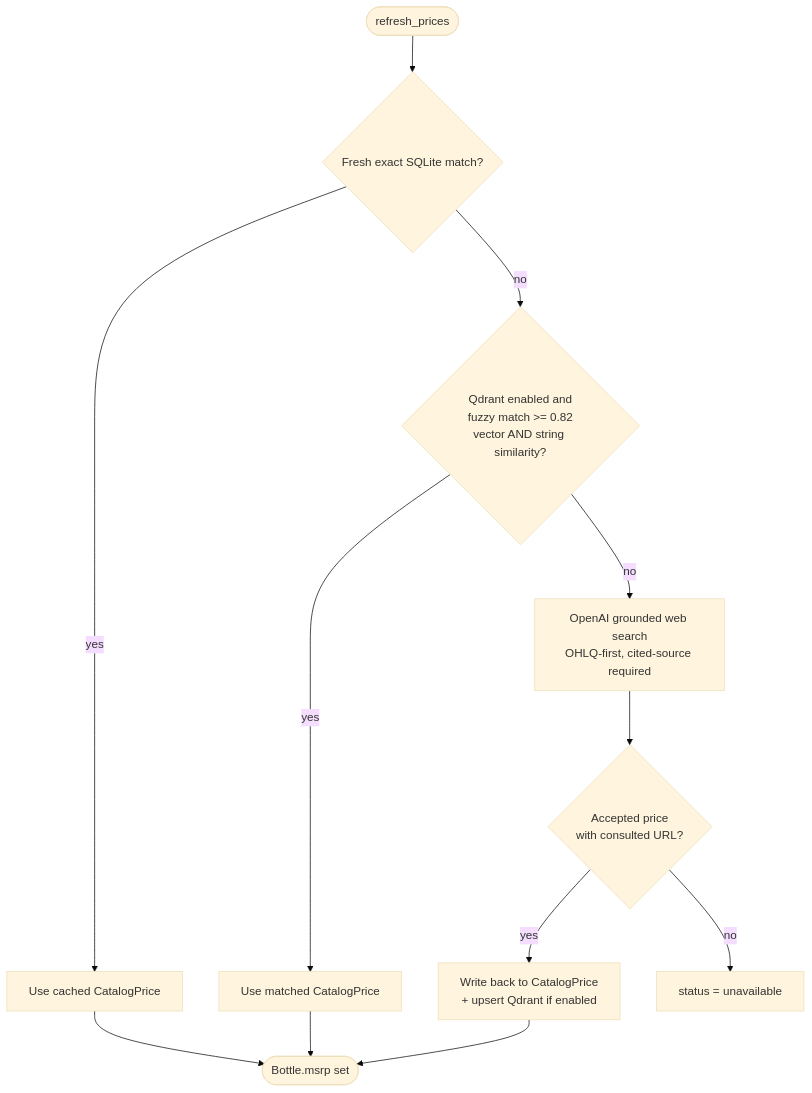
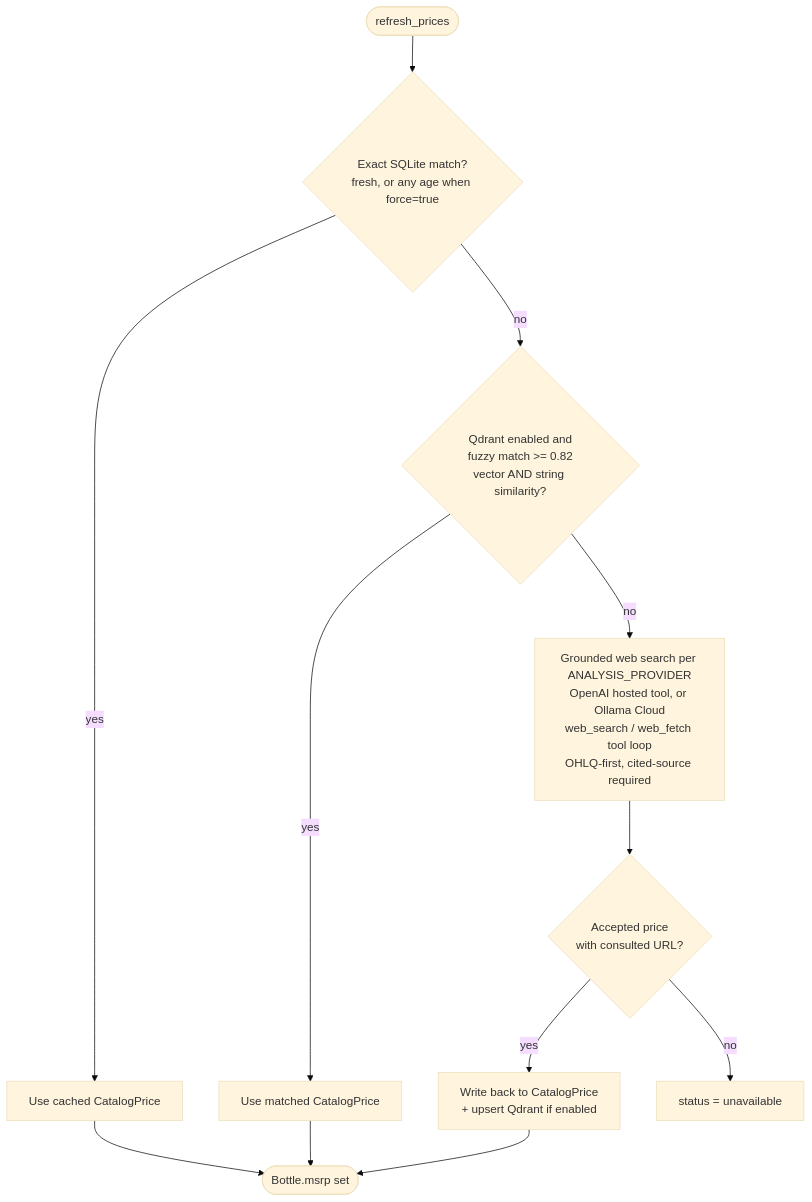
One commit to adhatcher-org/bourbonbook changed the second of 2 diagrams in docs/architecture/hldd.md. Above: the diagram before and after it, drawn with Mermaid (base theme). The commit also changed other lines of this file and 21 other files, not shown here.

````diff
--- a/docs/architecture/hldd.md
+++ b/docs/architecture/hldd.md
@@ -186,14 +252,14 @@
 ```mermaid
 flowchart TD
-  start([refresh_prices]) --> t1{Fresh exact SQLite match?}
+  start([refresh_prices]) --> t1{Exact SQLite match?\nfresh, or any age when force=true}
   t1 -- yes --> cached[Use cached CatalogPrice]
   t1 -- no --> t2{Qdrant enabled and\nfuzzy match >= 0.82\nvector AND string similarity?}
   t2 -- yes --> localmatch[Use matched CatalogPrice]
-  t2 -- no --> t3[OpenAI grounded web search\nOHLQ-first, cited-source required]
+  t2 -- no --> t3[Grounded web search per ANALYSIS_PROVIDER\nOpenAI hosted tool, or Ollama Cloud\nweb_search / web_fetch tool loop\nOHLQ-first, cited-source required]
   t3 --> t3ok{Accepted price\nwith consulted URL?}
   t3ok -- yes --> writeback[Write back to CatalogPrice\n+ upsert Qdrant if enabled]
   t3ok -- no --> unavailable[status = unavailable]
   writeback --> done([Bottle.msrp set])
   cached --> done
   localmatch --> done
 ```
````
